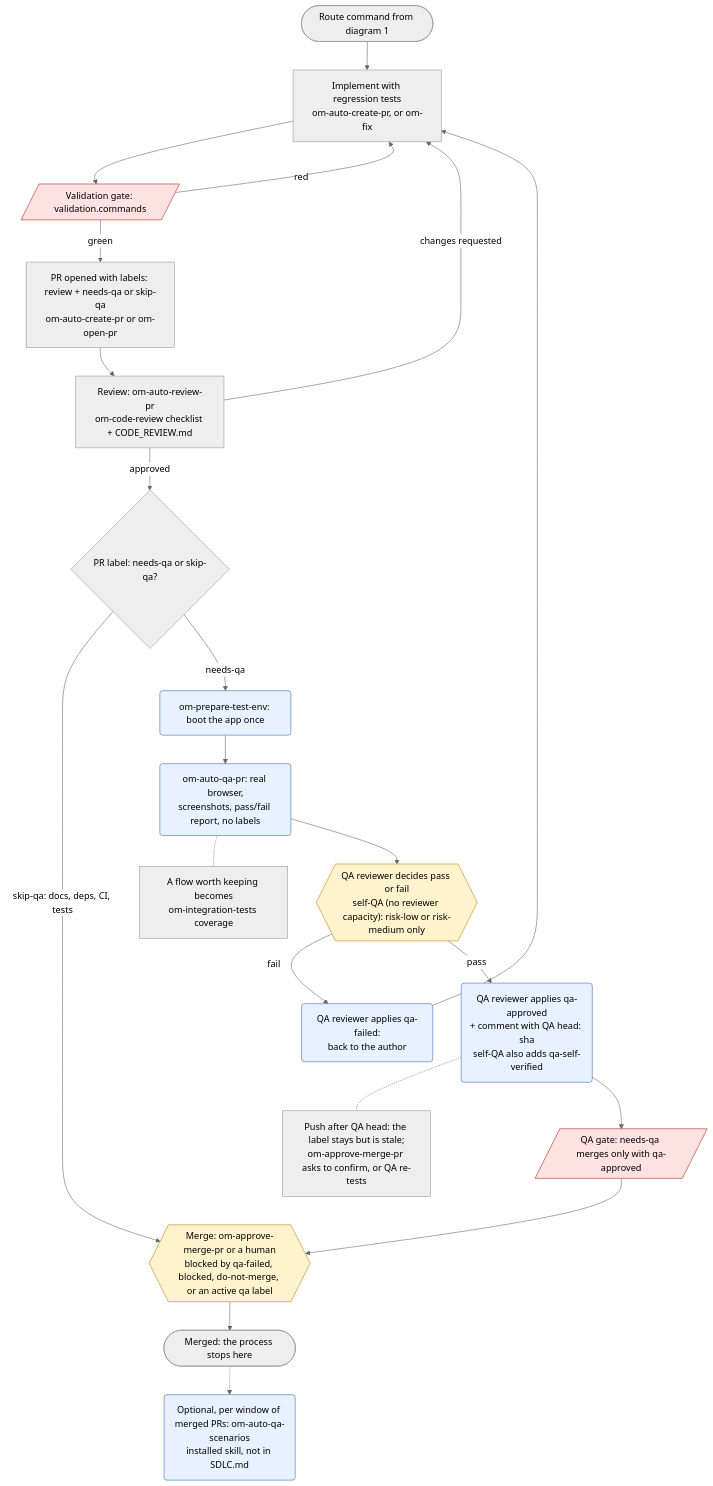
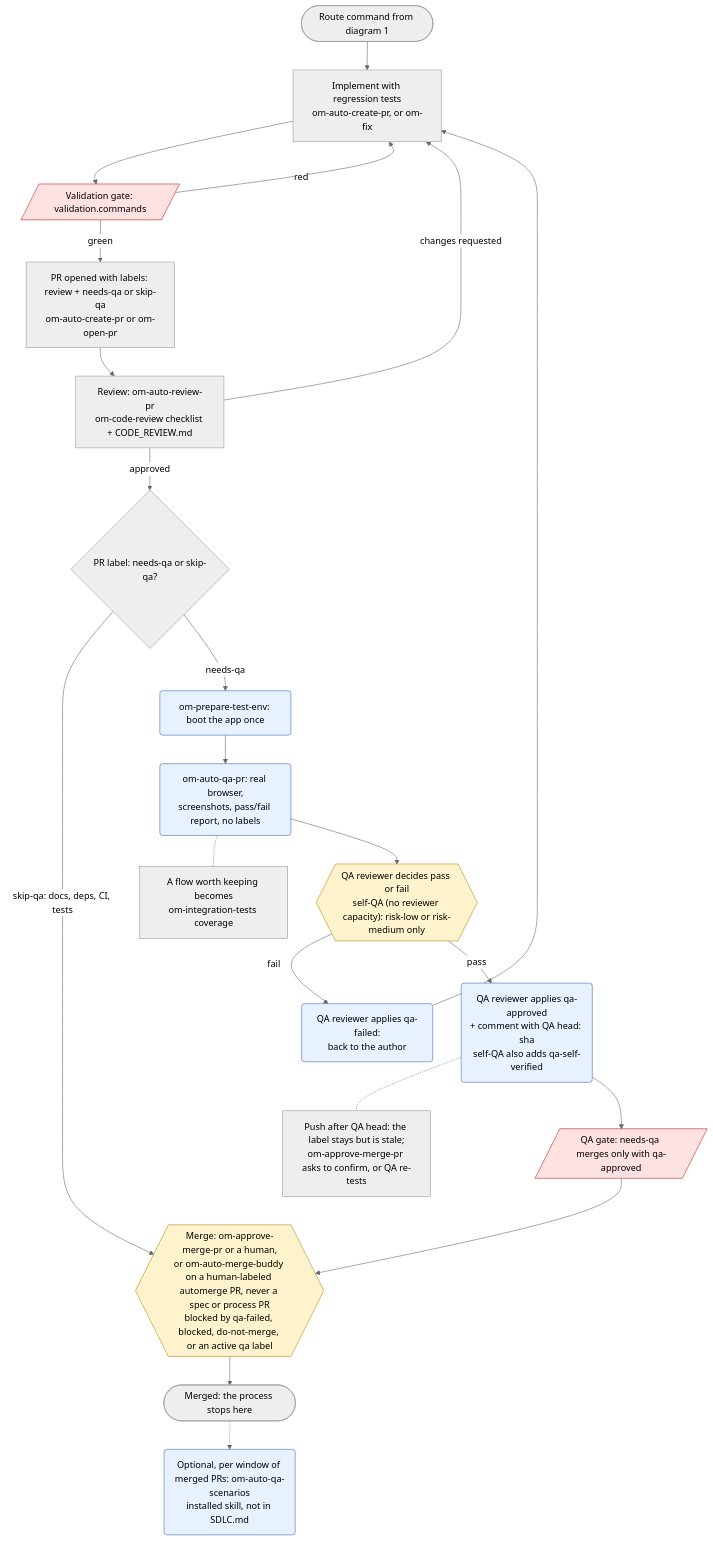
Before and after one commit to AZITWB/om-sdlc-sandbox: the second of 3 diagrams in SDLC-routes.md, drawn with Mermaid (neutral theme). The commit also changed other lines of this file and 5 other files, not shown here.

````diff
--- a/SDLC-routes.md
+++ b/SDLC-routes.md
@@ -90,31 +91,31 @@
 ```mermaid
 flowchart TD
     start([Route command from diagram 1]) --> impl["Implement with regression tests<br/>om-auto-create-pr, or om-fix"]
     impl --> vgate[/"Validation gate: validation.commands"/]
     vgate -- red --> impl
     vgate -- green --> open["PR opened with labels: review + needs-qa or skip-qa<br/>om-auto-create-pr or om-open-pr"]
     open --> review["Review: om-auto-review-pr<br/>om-code-review checklist + CODE_REVIEW.md"]
     review -- "changes requested" --> impl
     review -- approved --> qaQ{"PR label: needs-qa or skip-qa?"}
 
     qaQ -- "skip-qa: docs, deps, CI, tests" --> merge
     qaQ -- "needs-qa" --> env("om-prepare-test-env: boot the app once")
     env --> qaRun("om-auto-qa-pr: real browser,<br/>screenshots, pass/fail report, no labels")
     qaRun -.- keep["A flow worth keeping becomes<br/>om-integration-tests coverage"]
     qaRun --> signoff{{"QA reviewer decides pass or fail<br/>self-QA (no reviewer capacity): risk-low or risk-medium only"}}
     signoff -- fail --> failed("QA reviewer applies qa-failed:<br/>back to the author")
     failed --> impl
     signoff -- pass --> approved("QA reviewer applies qa-approved<br/>+ comment with QA head: sha<br/>self-QA also adds qa-self-verified")
     approved -.- stale["Push after QA head: the label stays but is stale;<br/>om-approve-merge-pr asks to confirm, or QA re-tests"]
     approved --> qaGate[/"QA gate: needs-qa merges only with qa-approved"/]
-    qaGate --> merge{{"Merge: om-approve-merge-pr or a human<br/>blocked by qa-failed, blocked, do-not-merge, or an active qa label"}}
+    qaGate --> merge{{"Merge: om-approve-merge-pr or a human,<br/>or om-auto-merge-buddy on a human-labeled automerge PR, never a spec or process PR<br/>blocked by qa-failed, blocked, do-not-merge, or an active qa label"}}
     merge --> mergedEnd([Merged: the process stops here])
     mergedEnd -.-> after("Optional, per window of merged PRs: om-auto-qa-scenarios<br/>installed skill, not in SDLC.md")
 
     classDef human fill:#fff3cd,stroke:#b8860b,color:#000
     classDef cmd fill:#e7f1ff,stroke:#3b6fb6,color:#000
     classDef gate fill:#fde2e1,stroke:#b42318,color:#000
     class signoff,merge human
     class env,qaRun,failed,approved,after cmd
     class vgate,qaGate gate
 ```
````
